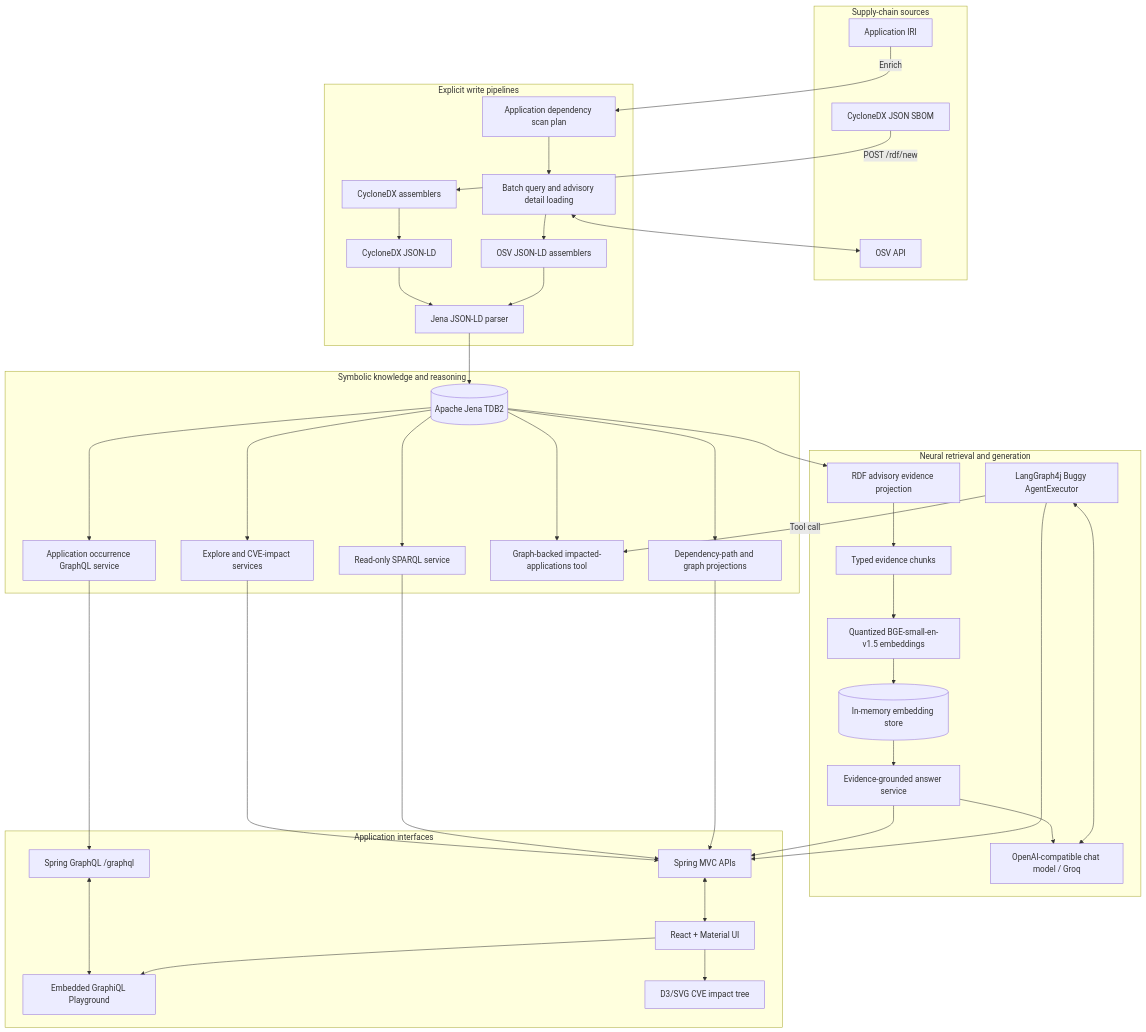
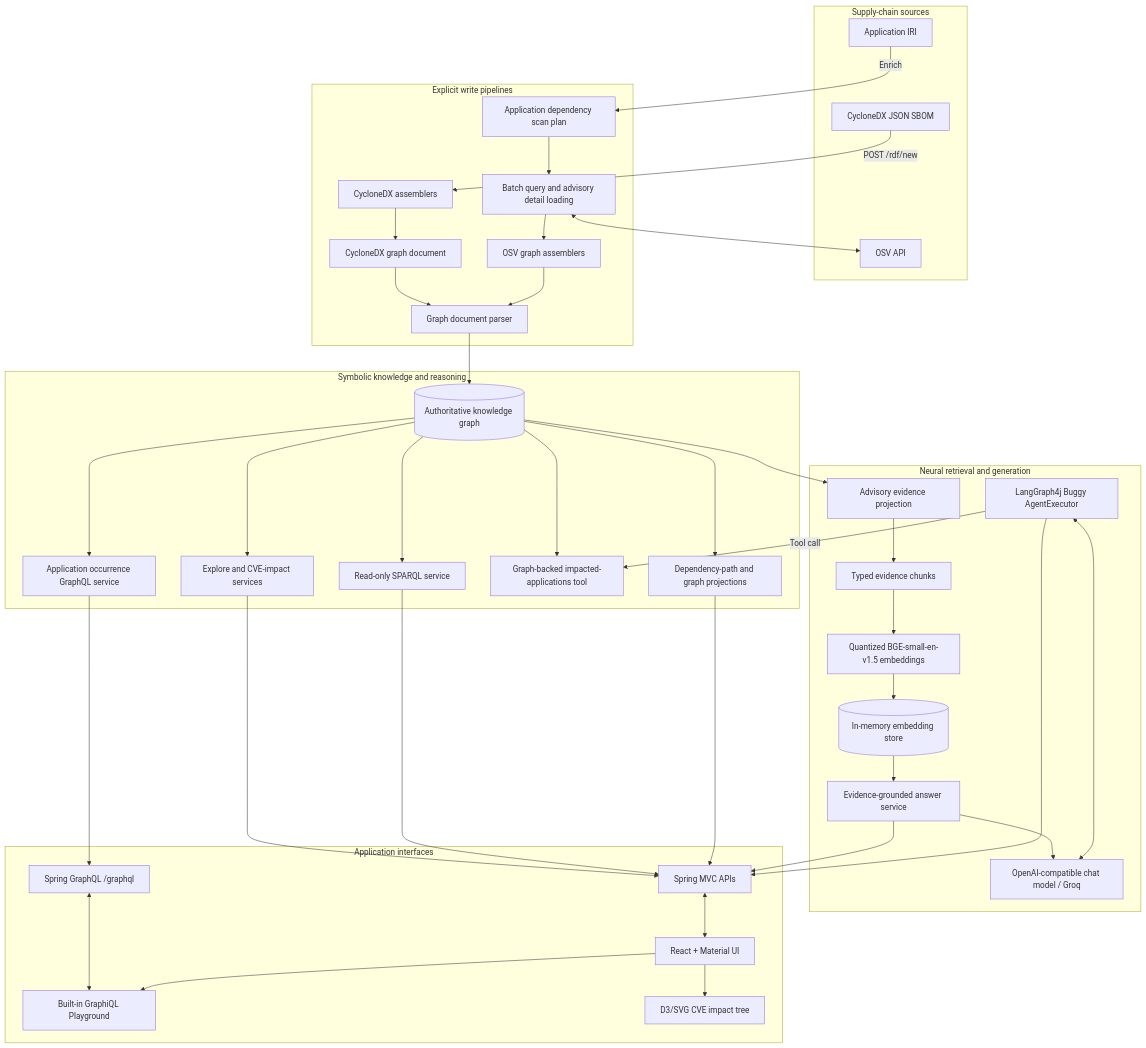
Before and after one commit to pkjPathania/dependency-risk-graph: the first of 3 diagrams in README.md, drawn with Mermaid. The commit also changed other lines of this file and 21 other files, not shown here.

````diff
--- a/README.md
+++ b/README.md
@@ -82,72 +82,72 @@
 ```mermaid
 flowchart TB
     subgraph Sources[Supply-chain sources]
         SBOM[CycloneDX JSON SBOM]
         APP[Application IRI]
         OSV[OSV API]
     end
 
     subgraph Writes[Explicit write pipelines]
         CDX[CycloneDX assemblers]
-        CDXJSONLD[CycloneDX JSON-LD]
+        CDXGRAPH[CycloneDX graph document]
         PLAN[Application dependency scan plan]
         OSVCLIENT[Batch query and advisory detail loading]
-        OSVJSONLD[OSV JSON-LD assemblers]
-        RDFPARSER[Jena JSON-LD parser]
+        OSVGRAPH[OSV graph assemblers]
+        GRAPHPARSER[Graph document parser]
     end
 
-    SBOM -->|POST /rdf/new| CDX --> CDXJSONLD --> RDFPARSER
+    SBOM -->|POST /rdf/new| CDX --> CDXGRAPH --> GRAPHPARSER
     APP -->|Enrich| PLAN --> OSVCLIENT
     OSVCLIENT <--> OSV
-    OSVCLIENT --> OSVJSONLD --> RDFPARSER
+    OSVCLIENT --> OSVGRAPH --> GRAPHPARSER
 
     subgraph Symbolic[Symbolic knowledge and reasoning]
-        TDB[(Apache Jena TDB2)]
+        STORE[(Authoritative knowledge graph)]
         EXPLORE[Explore and CVE-impact services]
         SPARQL[Read-only SPARQL service]
         PATH[Dependency-path and graph projections]
         TOOL[Graph-backed impacted-applications tool]
         GQLSERVICE[Application occurrence GraphQL service]
     end
 
-    RDFPARSER --> TDB
-    TDB --> EXPLORE
-    TDB --> SPARQL
-    TDB --> PATH
-    TDB --> TOOL
-    TDB --> GQLSERVICE
+    GRAPHPARSER --> STORE
+    STORE --> EXPLORE
+    STORE --> SPARQL
+    STORE --> PATH
+    STORE --> TOOL
+    STORE --> GQLSERVICE
 
     subgraph Neural[Neural retrieval and generation]
-        EVIDENCE[RDF advisory evidence projection]
+        EVIDENCE[Advisory evidence projection]
         CHUNKS[Typed evidence chunks]
         BGE[Quantized BGE-small-en-v1.5 embeddings]
         VECTOR[(In-memory embedding store)]
         EVIDENCEANSWER[Evidence-grounded answer service]
         AGENT[LangGraph4j Buggy AgentExecutor]
         CHAT[OpenAI-compatible chat model / Groq]
     end
 
-    TDB --> EVIDENCE --> CHUNKS --> BGE --> VECTOR
+    STORE --> EVIDENCE --> CHUNKS --> BGE --> VECTOR
     VECTOR --> EVIDENCEANSWER --> CHAT
     AGENT -->|Tool call| TOOL
     AGENT <--> CHAT
 
     subgraph Interfaces[Application interfaces]
         REST[Spring MVC APIs]
         GRAPHQL[Spring GraphQL /graphql]
         UI[React + Material UI]
-        PLAYGROUND[Embedded GraphiQL Playground]
+        PLAYGROUND[Built-in GraphiQL Playground]
         TREE[D3/SVG CVE impact tree]
     end
 
     EXPLORE --> REST
     SPARQL --> REST
     PATH --> REST
     EVIDENCEANSWER --> REST
     AGENT --> REST
     GQLSERVICE --> GRAPHQL
     REST <--> UI
     GRAPHQL <--> PLAYGROUND
     UI --> PLAYGROUND
     UI --> TREE
 ```
````
